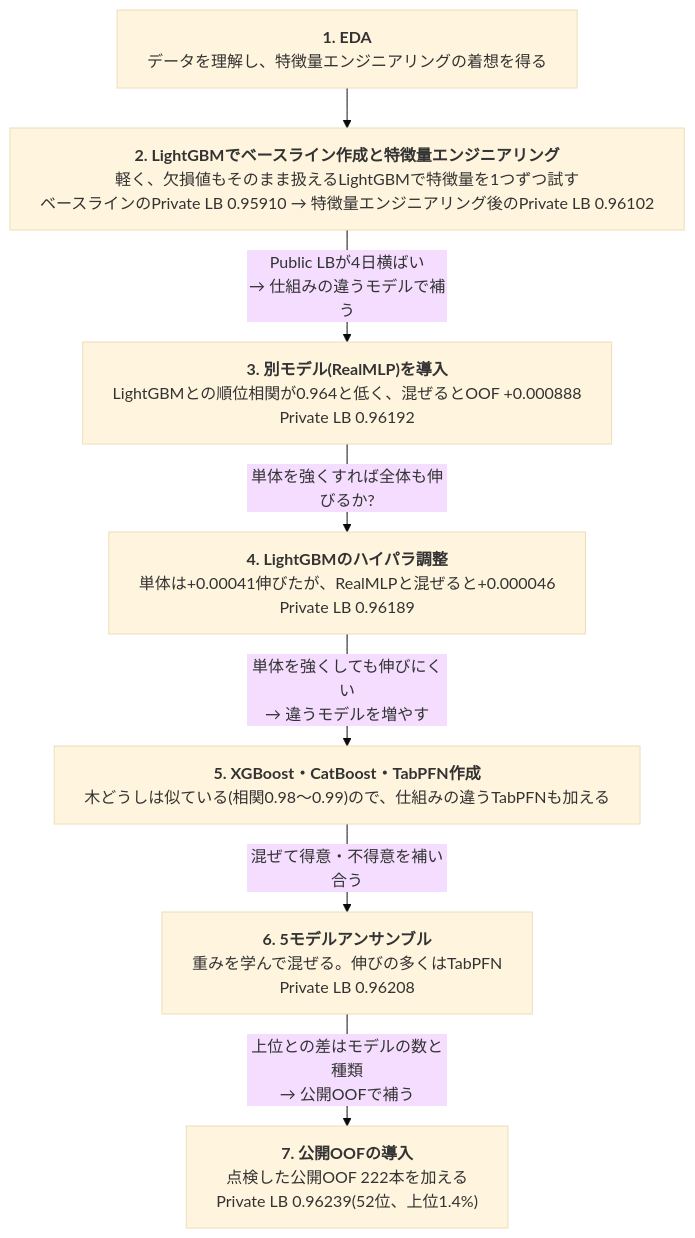
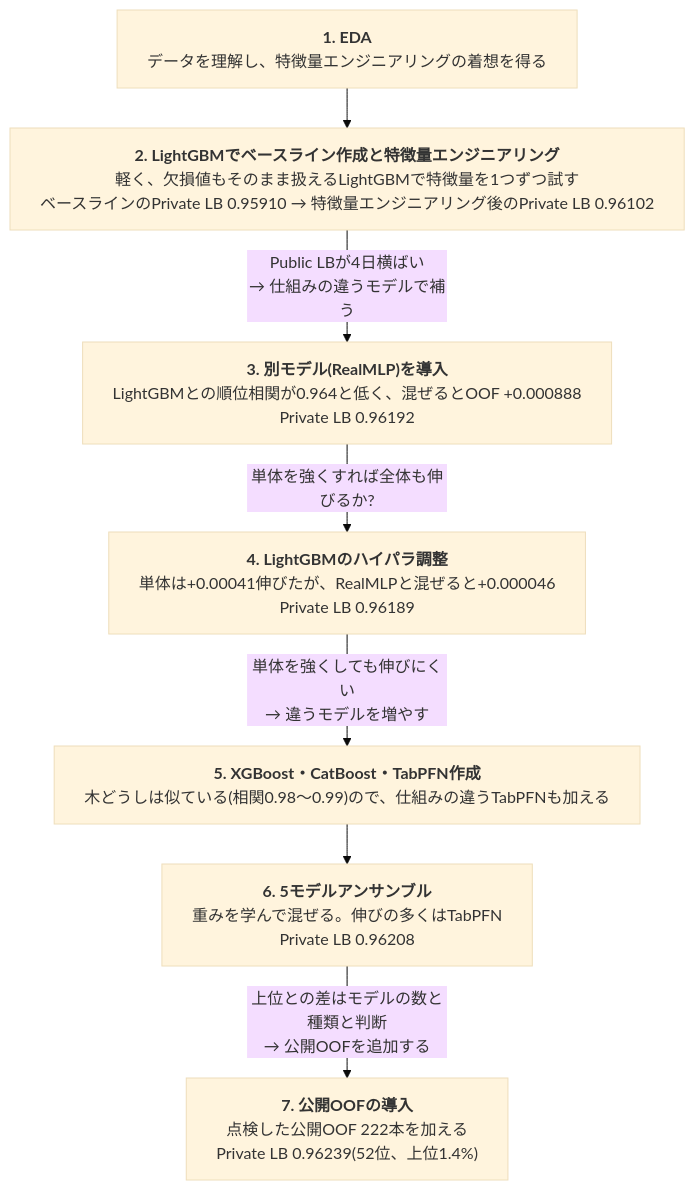
The first of 3 diagrams in README.md (aramaki5443-art/kaggle-s6e10-airline-satisfaction), drawn with Mermaid (base theme) before and after one commit.

Commit message:
README: フロー図5→6のラベルを削除、6→7を修正
Claude-Session: https://claude.ai/code/session_01W4XQw12fApd9PttvvKTwbS

````diff
--- a/README.md
+++ b/README.md
@@ -21,22 +21,22 @@
 ```mermaid
 ---
 config:
   flowchart:
     wrappingWidth: 800
     rankSpacing: 40
 ---
 flowchart TD
   S1["<b>1. EDA</b><br>データを理解し、特徴量エンジニアリングの着想を得る"]
   S2["<b>2. LightGBMでベースライン作成と特徴量エンジニアリング</b><br>軽く、欠損値もそのまま扱えるLightGBMで特徴量を1つずつ試す<br>ベースラインのPrivate LB 0.95910 → 特徴量エンジニアリング後のPrivate LB 0.96102"]
   S3["<b>3. 別モデル(RealMLP)を導入</b><br>LightGBMとの順位相関が0.964と低く、混ぜるとOOF +0.000888<br>Private LB 0.96192"]
   S4["<b>4. LightGBMのハイパラ調整</b><br>単体は+0.00041伸びたが、RealMLPと混ぜると+0.000046<br>Private LB 0.96189"]
   S5["<b>5. XGBoost・CatBoost・TabPFN作成</b><br>木どうしは似ている(相関0.98〜0.99)ので、仕組みの違うTabPFNも加える"]
   S6["<b>6. 5モデルアンサンブル</b><br>重みを学んで混ぜる。伸びの多くはTabPFN<br>Private LB 0.96208"]
   S7["<b>7. 公開OOFの導入</b><br>点検した公開OOF 222本を加える<br>Private LB 0.96239(52位、上位1.4%)"]
   S1 --> S2
   S2 -->|"Public LBが4日横ばい<br>→ 仕組みの違うモデルで補う"| S3
   S3 -->|"単体を強くすれば全体も伸びるか?"| S4
   S4 -->|"単体を強くしても伸びにくい<br>→ 違うモデルを増やす"| S5
-  S5 -->|"混ぜて得意・不得意を補い合う"| S6
-  S6 -->|"上位との差はモデルの数と種類<br>→ 公開OOFで補う"| S7
+  S5 --> S6
+  S6 -->|"上位との差はモデルの数と種類と判断<br>→ 公開OOFを追加する"| S7
 ```
````
